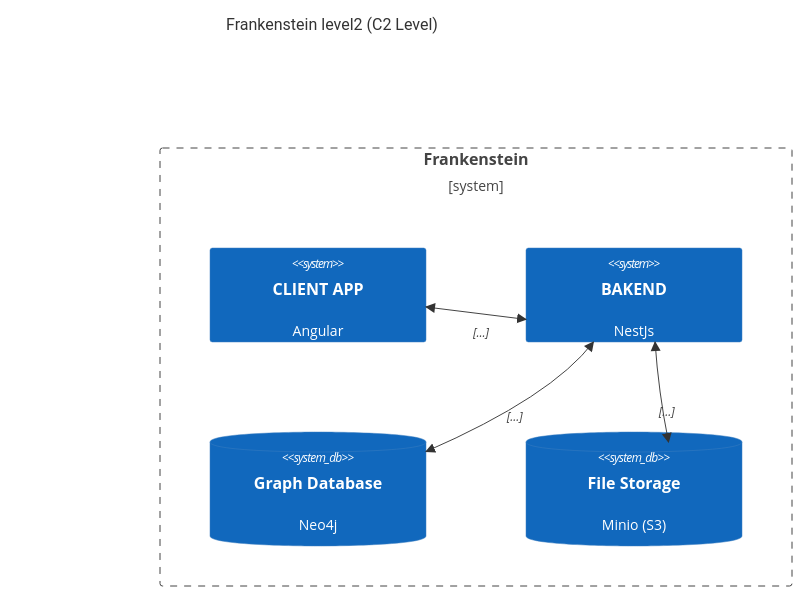
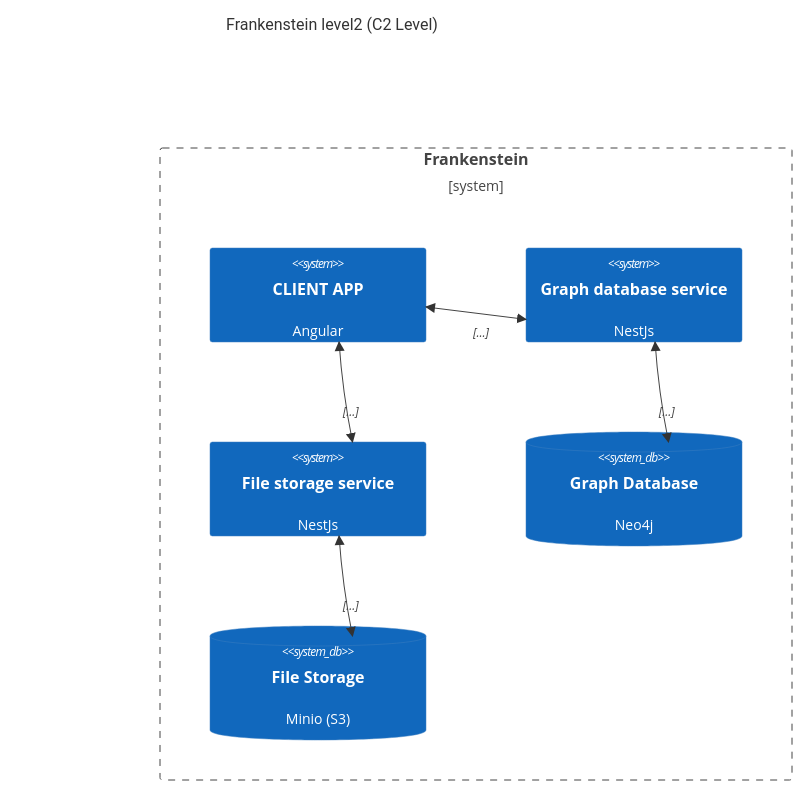
One commit to Goodzonchik/distribution-system-lern changed the diagram in docs/C4-level2.md. Above: the diagram before and after it, drawn with Mermaid.

Commit message:
update app schema

````diff
--- a/docs/C4-level2.md
+++ b/docs/C4-level2.md
@@ -3,17 +3,21 @@
 ```mermaid
 C4Context
 
 title Frankenstein level2 (C2 Level)
 
 Boundary(system, "Frankenstein") {
     System(web_client_app, "CLIENT APP", "Angular")
-    System(backend, "BAKEND", "NestJs")
+
+    System(graph_db_backend, "Graph database service", "NestJs")
+    System(file_storage_backend, "File storage service", "NestJs")
 
     SystemDb(graph_database, "Graph Database", "Neo4j")
     SystemDb(file_storage, "File Storage", "Minio (S3)")
 
-    BiRel(web_client_app, backend, , "...")
-    BiRel(backend, graph_database, , "...")
-    BiRel(backend, file_storage, , "...")
+    BiRel(web_client_app, graph_db_backend, , "...")
+    BiRel(web_client_app, file_storage_backend, , "...")
+
+    BiRel(graph_db_backend, graph_database, , "...")
+    BiRel(file_storage_backend, file_storage, , "...")
 }
 ```
````
